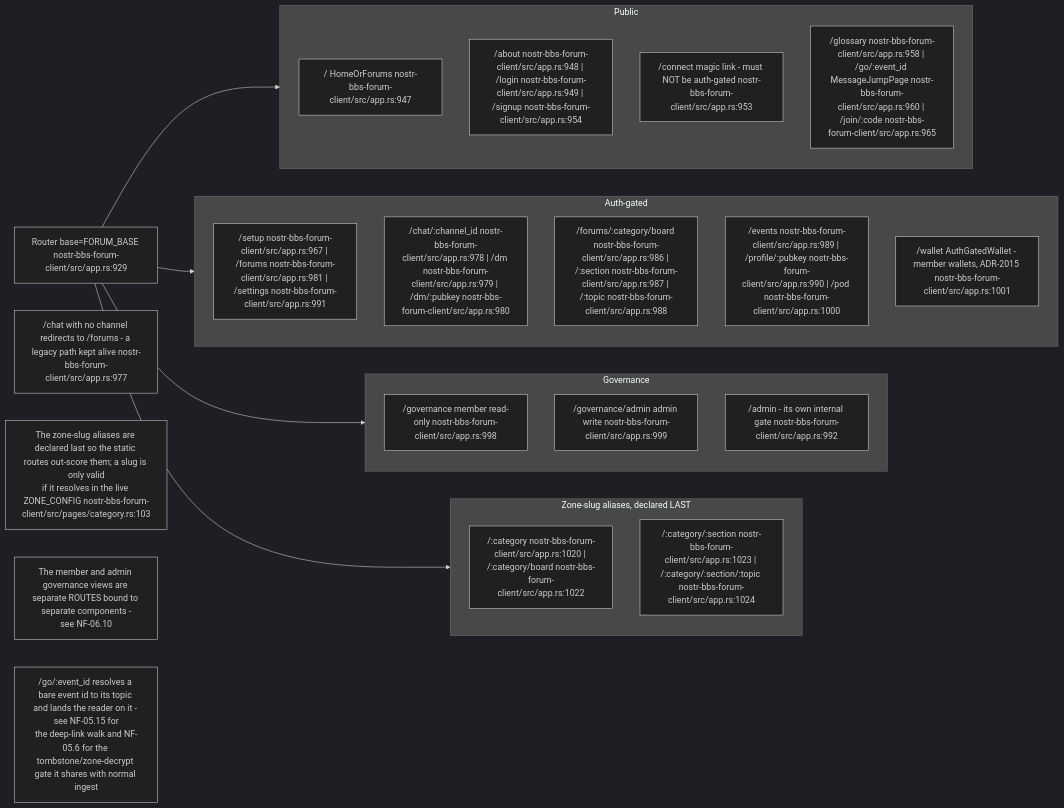
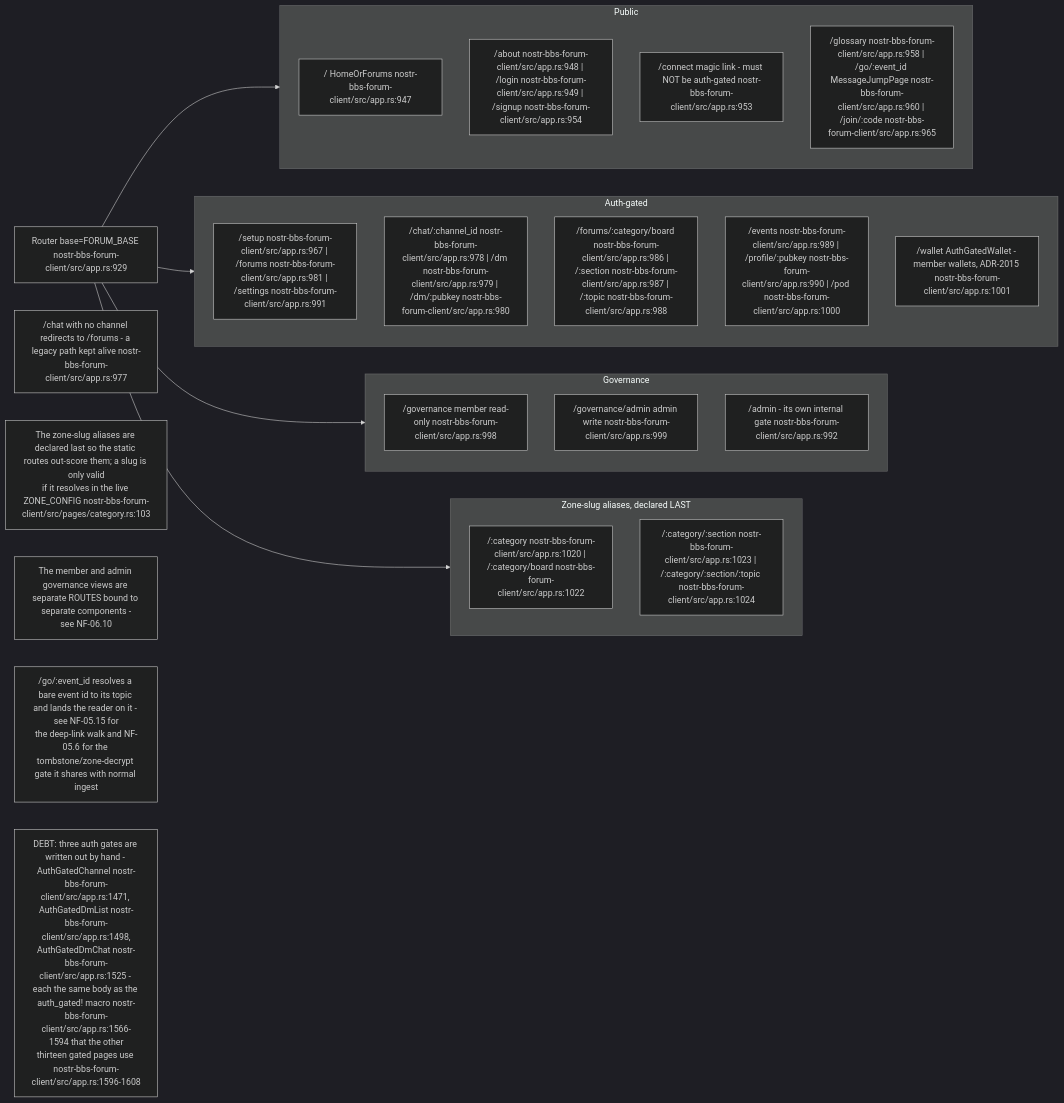
Before and after one commit to DreamLab-AI/VisionFlow: the second of 20 diagrams in docs/diagrams/nostr-rust-forum/05-leptos-clients-onboarding-messaging-governance.md, drawn with Mermaid (dark theme). The commit also changed other lines of this file and 1 other file, not shown here.

First line of the commit message:
WIP diagrams/kit-fold: re-stamp NF-05 and NF-10 to fd31193, close O21, fold kit register items

````diff
--- a/docs/diagrams/nostr-rust-forum/05-leptos-clients-onboarding-messaging-governance.md
+++ b/docs/diagrams/nostr-rust-forum/05-leptos-clients-onboarding-messaging-governance.md
@@ -114,32 +116,33 @@
 ```mermaid
 flowchart LR
     subgraph pubroutes["Public"]
         R1["/ HomeOrForums nostr-bbs-forum-client/src/app.rs:947"]
         R2["/about nostr-bbs-forum-client/src/app.rs:948 | /login nostr-bbs-forum-client/src/app.rs:949 | /signup nostr-bbs-forum-client/src/app.rs:954"]
         R3["/connect magic link - must NOT be auth-gated nostr-bbs-forum-client/src/app.rs:953"]
         R4["/glossary nostr-bbs-forum-client/src/app.rs:958 | /go/:event_id MessageJumpPage nostr-bbs-forum-client/src/app.rs:960 | /join/:code nostr-bbs-forum-client/src/app.rs:965"]
     end
     subgraph authed["Auth-gated"]
         R5["/setup nostr-bbs-forum-client/src/app.rs:967 | /forums nostr-bbs-forum-client/src/app.rs:981 | /settings nostr-bbs-forum-client/src/app.rs:991"]
         R6["/chat/:channel_id nostr-bbs-forum-client/src/app.rs:978 | /dm nostr-bbs-forum-client/src/app.rs:979 | /dm/:pubkey nostr-bbs-forum-client/src/app.rs:980"]
         R7["/forums/:category/board nostr-bbs-forum-client/src/app.rs:986 | /:section nostr-bbs-forum-client/src/app.rs:987 | /:topic nostr-bbs-forum-client/src/app.rs:988"]
         R8["/events nostr-bbs-forum-client/src/app.rs:989 | /profile/:pubkey nostr-bbs-forum-client/src/app.rs:990 | /pod nostr-bbs-forum-client/src/app.rs:1000"]
         R14["/wallet AuthGatedWallet - member wallets, ADR-2015 nostr-bbs-forum-client/src/app.rs:1001"]
     end
     subgraph gov["Governance"]
         R9["/governance member read-only nostr-bbs-forum-client/src/app.rs:998"]
         R10["/governance/admin admin write nostr-bbs-forum-client/src/app.rs:999"]
         R11["/admin - its own internal gate nostr-bbs-forum-client/src/app.rs:992"]
     end
     subgraph zonealias["Zone-slug aliases, declared LAST"]
         R12["/:category nostr-bbs-forum-client/src/app.rs:1020 | /:category/board nostr-bbs-forum-client/src/app.rs:1022"]
         R13["/:category/:section nostr-bbs-forum-client/src/app.rs:1023 | /:category/:section/:topic nostr-bbs-forum-client/src/app.rs:1024"]
     end
 
     ROUTER["Router base=FORUM_BASE nostr-bbs-forum-client/src/app.rs:929"] --> pubroutes & authed & gov & zonealias
 
     N1["/chat with no channel redirects to /forums - a legacy path kept alive nostr-bbs-forum-client/src/app.rs:977"]
     N2["The zone-slug aliases are declared last so the static routes out-score them; a slug is only valid<br/>if it resolves in the live ZONE_CONFIG nostr-bbs-forum-client/src/pages/category.rs:103"]
     N3["The member and admin governance views are separate ROUTES bound to separate components -<br/>see NF-06.10"]
     N4["/go/:event_id resolves a bare event id to its topic and lands the reader on it - see NF-05.15 for<br/>the deep-link walk and NF-05.6 for the tombstone/zone-decrypt gate it shares with normal ingest"]
+    N5["DEBT: three auth gates are written out by hand - AuthGatedChannel nostr-bbs-forum-client/src/app.rs:1471, AuthGatedDmList nostr-bbs-forum-client/src/app.rs:1498,<br/>AuthGatedDmChat nostr-bbs-forum-client/src/app.rs:1525 - each the same body as the auth_gated! macro nostr-bbs-forum-client/src/app.rs:1566-1594 that the other<br/>thirteen gated pages use nostr-bbs-forum-client/src/app.rs:1596-1608"]
 ```
````
